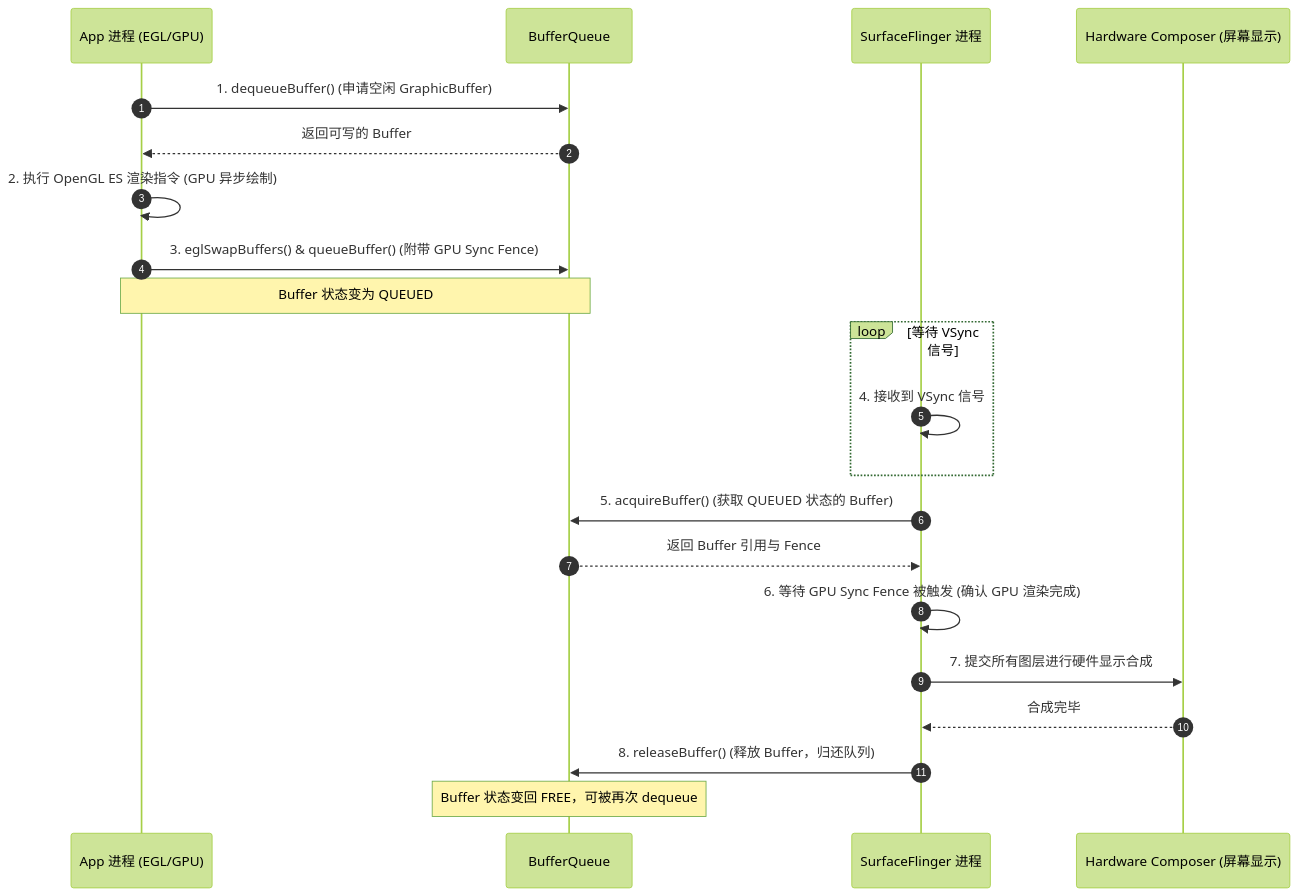
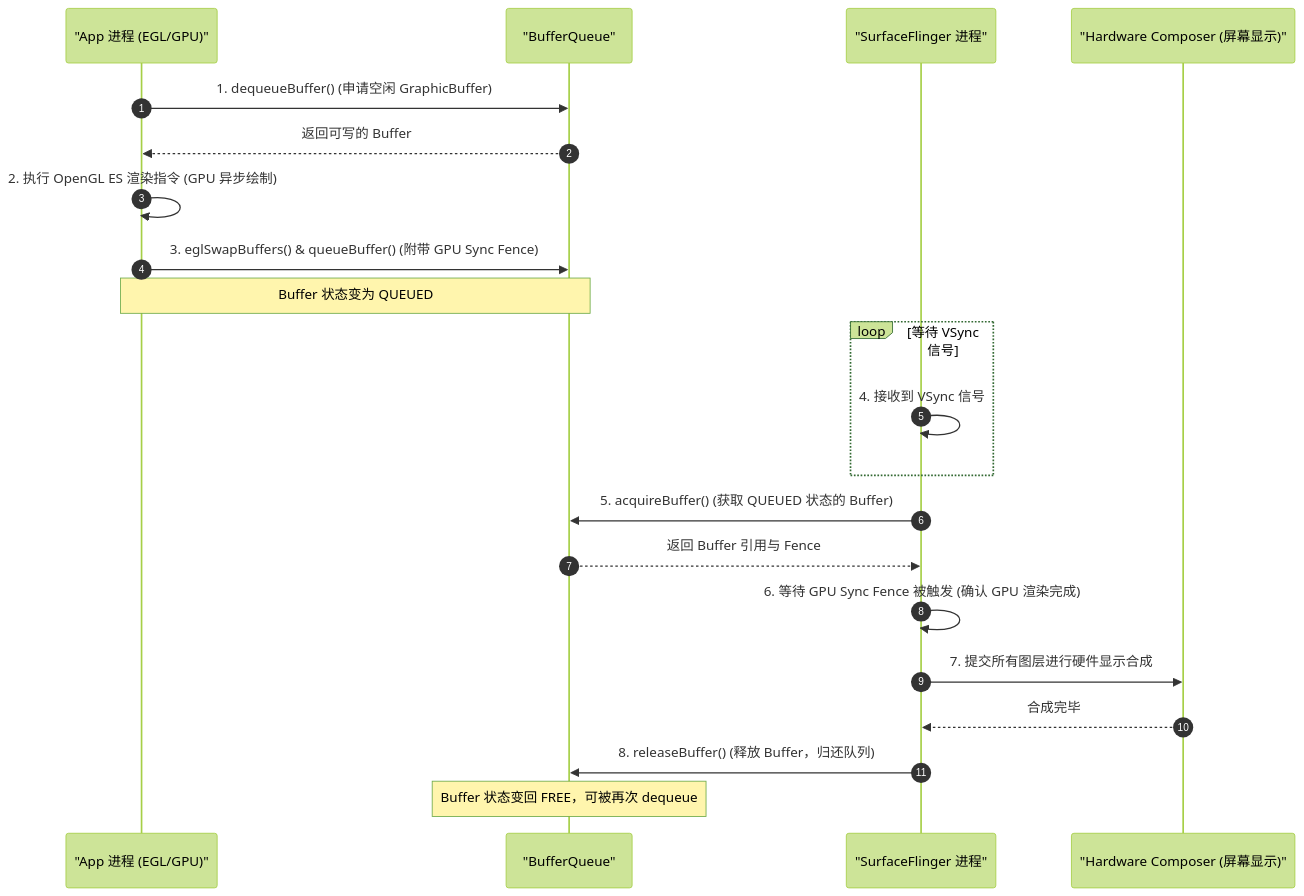
Before and after one commit to iFlicker/AndroidKnowledge: the sixth of 6 diagrams in docs/5.Android/5.2.进阶/5.2.6.NDK与Native/5.2.6.3.图形图像/5.2.6.3.1.OpenGL ES.md, drawn with Mermaid (forest theme). The commit also changed other lines of this file and 91 other files, not shown here.

````diff
--- a/docs/5.Android/5.2.进阶/5.2.6.NDK与Native/5.2.6.3.图形图像/5.2.6.3.1.OpenGL ES.md
+++ b/docs/5.Android/5.2.进阶/5.2.6.NDK与Native/5.2.6.3.图形图像/5.2.6.3.1.OpenGL ES.md
@@ -789,26 +789,26 @@
 ```mermaid
 sequenceDiagram
     autonumber
-    participant App as App 进程 (EGL/GPU)
-    participant BQ as BufferQueue
-    participant SF as SurfaceFlinger 进程
-    participant HWC as Hardware Composer (屏幕显示)
+    participant App as "App 进程 (EGL/GPU)"
+    participant BQ as "BufferQueue"
+    participant SF as "SurfaceFlinger 进程"
+    participant HWC as "Hardware Composer (屏幕显示)"
 
     App->>BQ: 1. dequeueBuffer() (申请空闲 GraphicBuffer)
     BQ-->>App: 返回可写的 Buffer
     App->>App: 2. 执行 OpenGL ES 渲染指令 (GPU 异步绘制)
     App->>BQ: 3. eglSwapBuffers() & queueBuffer() (附带 GPU Sync Fence)
     Note over App, BQ: Buffer 状态变为 QUEUED
     
     loop 等待 VSync 信号
         SF->>SF: 4. 接收到 VSync 信号
     end
     
     SF->>BQ: 5. acquireBuffer() (获取 QUEUED 状态的 Buffer)
     BQ-->>SF: 返回 Buffer 引用与 Fence
     SF->>SF: 6. 等待 GPU Sync Fence 被触发 (确认 GPU 渲染完成)
     SF->>HWC: 7. 提交所有图层进行硬件显示合成
     HWC-->>SF: 合成完毕
     SF->>BQ: 8. releaseBuffer() (释放 Buffer，归还队列)
     Note over BQ: Buffer 状态变回 FREE，可被再次 dequeue
 ```
````
